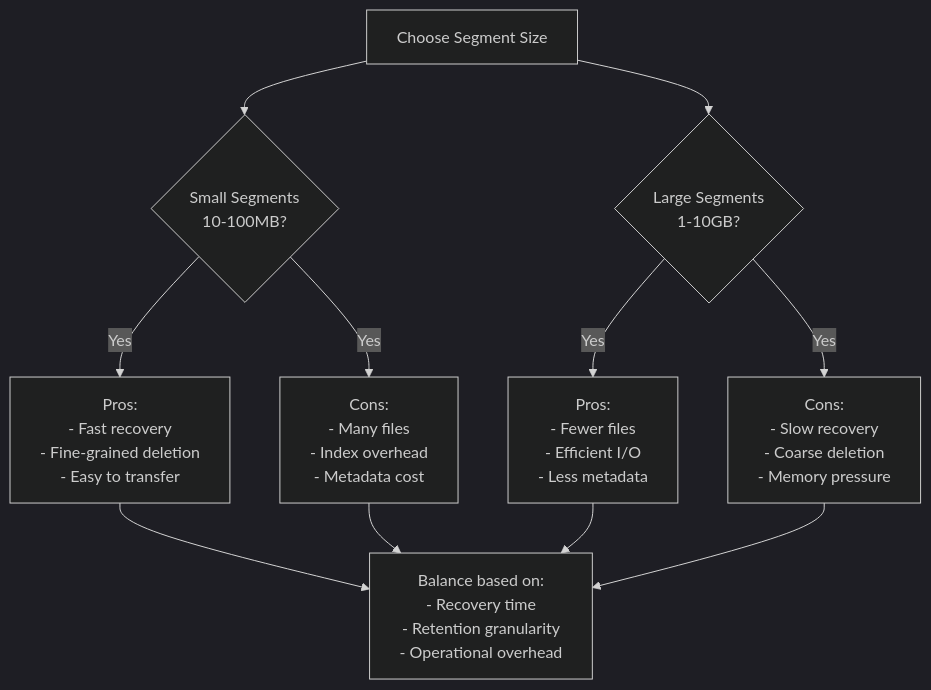
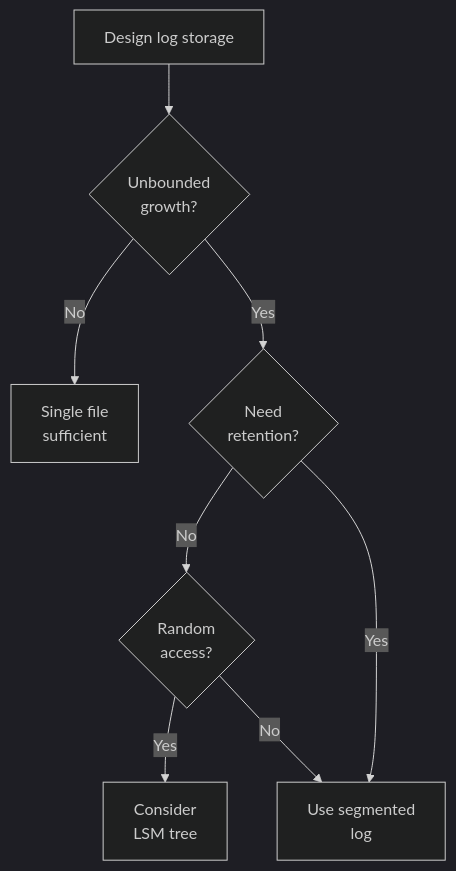
The fifth of 5 diagrams in docs/pattern-library/data-management/segmented-log.md (deepaucksharma/DStudio), drawn with Mermaid (dark theme) before and after one commit. The commit also changed other lines of this file and 64 other files, not shown here.

````diff
--- a/docs/pattern-library/data-management/segmented-log.md
+++ b/docs/pattern-library/data-management/segmented-log.md
@@ -495,15 +446,12 @@
 ```mermaid
 graph TD
- Start[Choose Segment Size] --> Small{Small Segments<br/>10-100MB?}
- Small -->|Yes| SP[Pros:<br/>- Fast recovery<br/>- Fine-grained deletion<br/>- Easy to transfer]
- Small -->|Yes| SC[Cons:<br/>- Many files<br/>- Index overhead<br/>- Metadata cost]
- 
- Start --> Large{Large Segments<br/>1-10GB?}
- Large -->|Yes| LP[Pros:<br/>- Fewer files<br/>- Efficient I/O<br/>- Less metadata]
- Large -->|Yes| LC[Cons:<br/>- Slow recovery<br/>- Coarse deletion<br/>- Memory pressure]
- 
- SP --> Decision[Balance based on:<br/>- Recovery time<br/>- Retention granularity<br/>- Operational overhead]
- SC --> Decision
- LP --> Decision
- LC --> Decision
+    Start[Design log storage] --> Q1{Unbounded<br/>growth?}
+    Q1 -->|No| Single[Single file<br/>sufficient]
+    Q1 -->|Yes| Q2{Need<br/>retention?}
+    
+    Q2 -->|No| Q3{Random<br/>access?}
+    Q2 -->|Yes| Segment[Use segmented<br/>log]
+    
+    Q3 -->|Yes| LSM[Consider<br/>LSM tree]
+    Q3 -->|No| Segment
 ```
````
